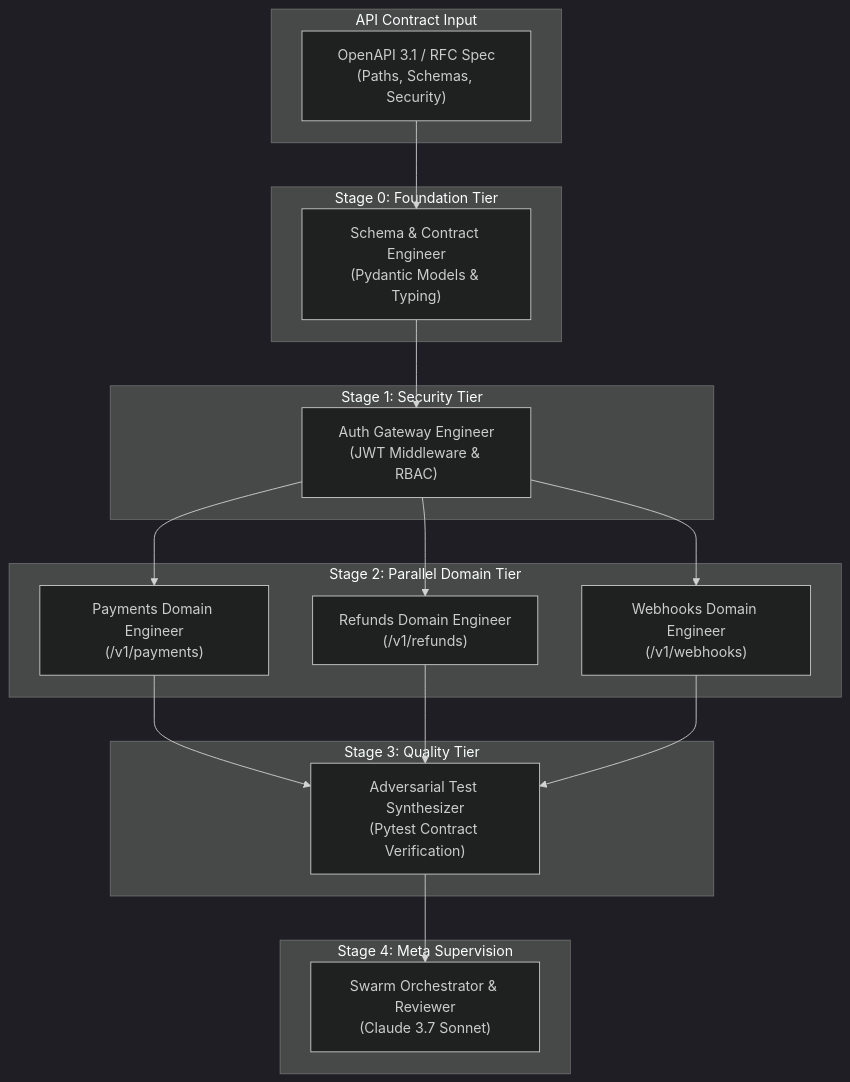
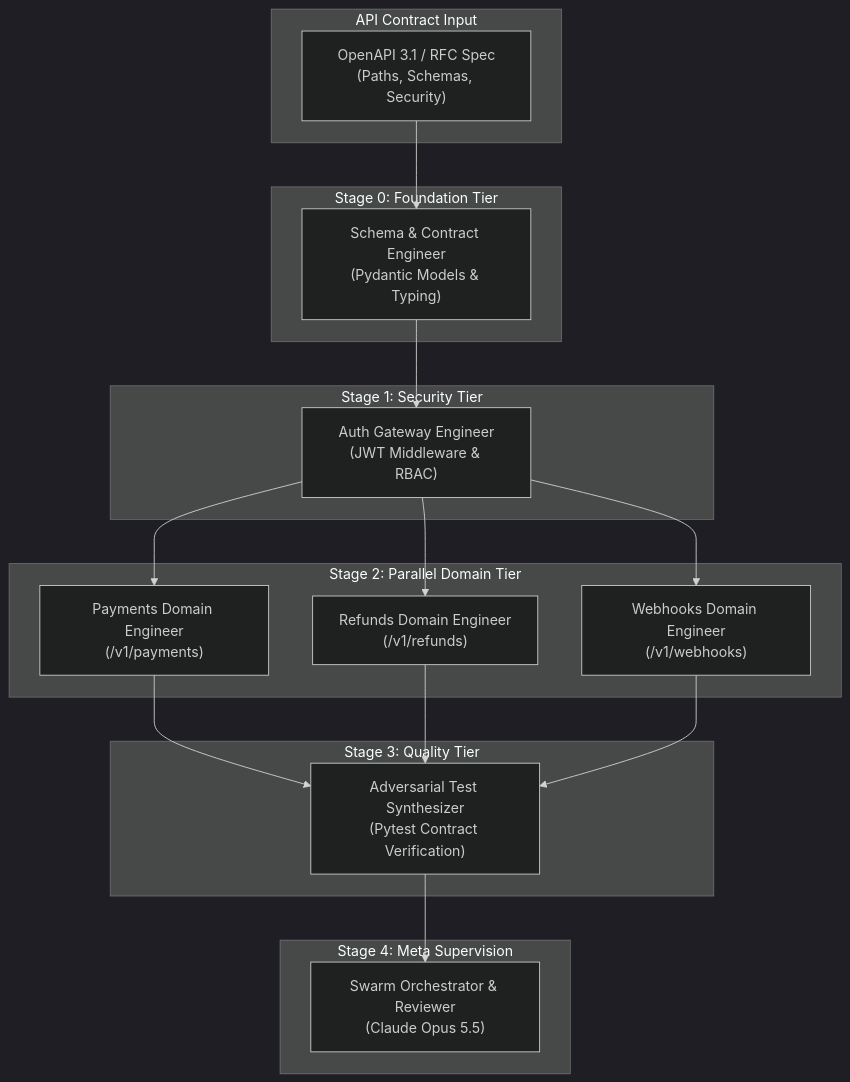
The first of 3 diagrams in README.md (AAH20/spec-to-swarm), drawn with Mermaid (dark theme) before and after one commit. The commit also changed other lines of this file and 3 other files, not shown here.

Commit message:
docs: update to September 2026 frontier models (Claude Opus 5.5, GPT-6 Astra, Gemini 3.8 Flash)

````diff
--- a/README.md
+++ b/README.md
@@ -33,38 +33,38 @@
 ```mermaid
 graph TD
     subgraph SpecInput["API Contract Input"]
         Spec["OpenAPI 3.1 / RFC Spec\n(Paths, Schemas, Security)"]
     end
 
     subgraph Tier0["Stage 0: Foundation Tier"]
         SchemaAgent["Schema & Contract Engineer\n(Pydantic Models & Typing)"]
     end
 
     subgraph Tier1["Stage 1: Security Tier"]
         AuthAgent["Auth Gateway Engineer\n(JWT Middleware & RBAC)"]
     end
 
     subgraph Tier2["Stage 2: Parallel Domain Tier"]
         Domain1["Payments Domain Engineer\n(/v1/payments)"]
         Domain2["Refunds Domain Engineer\n(/v1/refunds)"]
         Domain3["Webhooks Domain Engineer\n(/v1/webhooks)"]
     end
 
     subgraph Tier3["Stage 3: Quality Tier"]
         TestAgent["Adversarial Test Synthesizer\n(Pytest Contract Verification)"]
     end
 
     subgraph Tier4["Stage 4: Meta Supervision"]
-        Supervisor["Swarm Orchestrator & Reviewer\n(Claude 3.7 Sonnet)"]
+        Supervisor["Swarm Orchestrator & Reviewer\n(Claude Opus 5.5)"]
     end
 
     Spec --> SchemaAgent
     SchemaAgent --> AuthAgent
     AuthAgent --> Domain1
     AuthAgent --> Domain2
     AuthAgent --> Domain3
     Domain1 --> TestAgent
     Domain2 --> TestAgent
     Domain3 --> TestAgent
     TestAgent --> Supervisor
 ```
````
